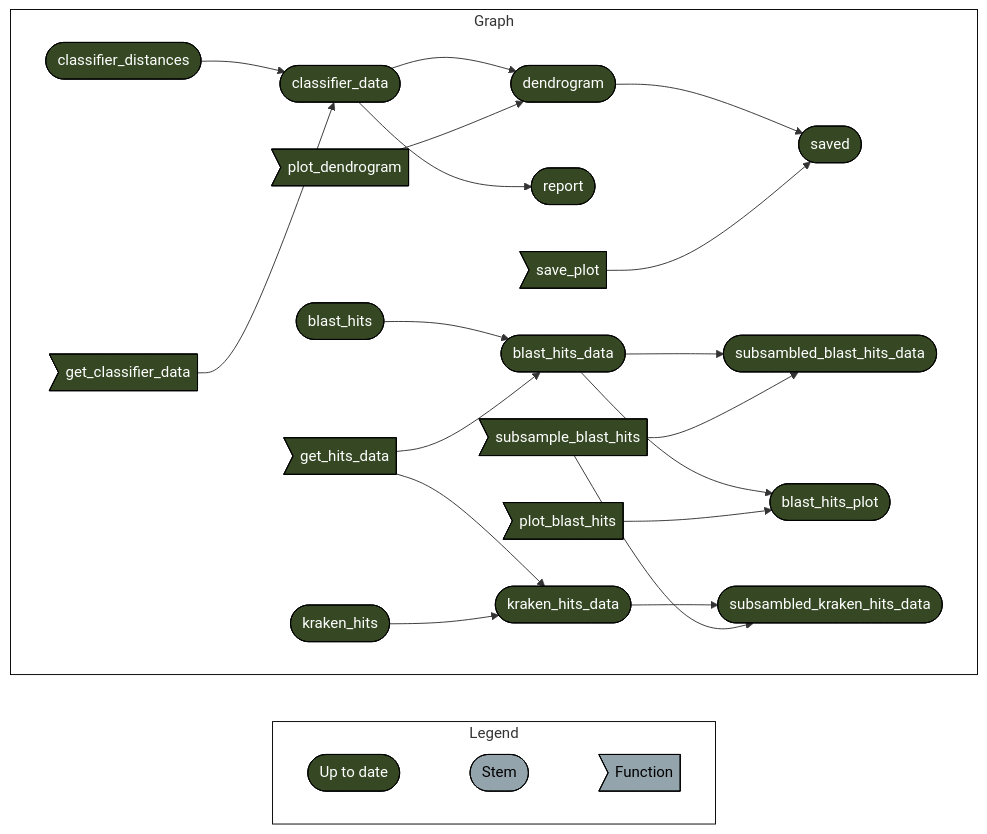
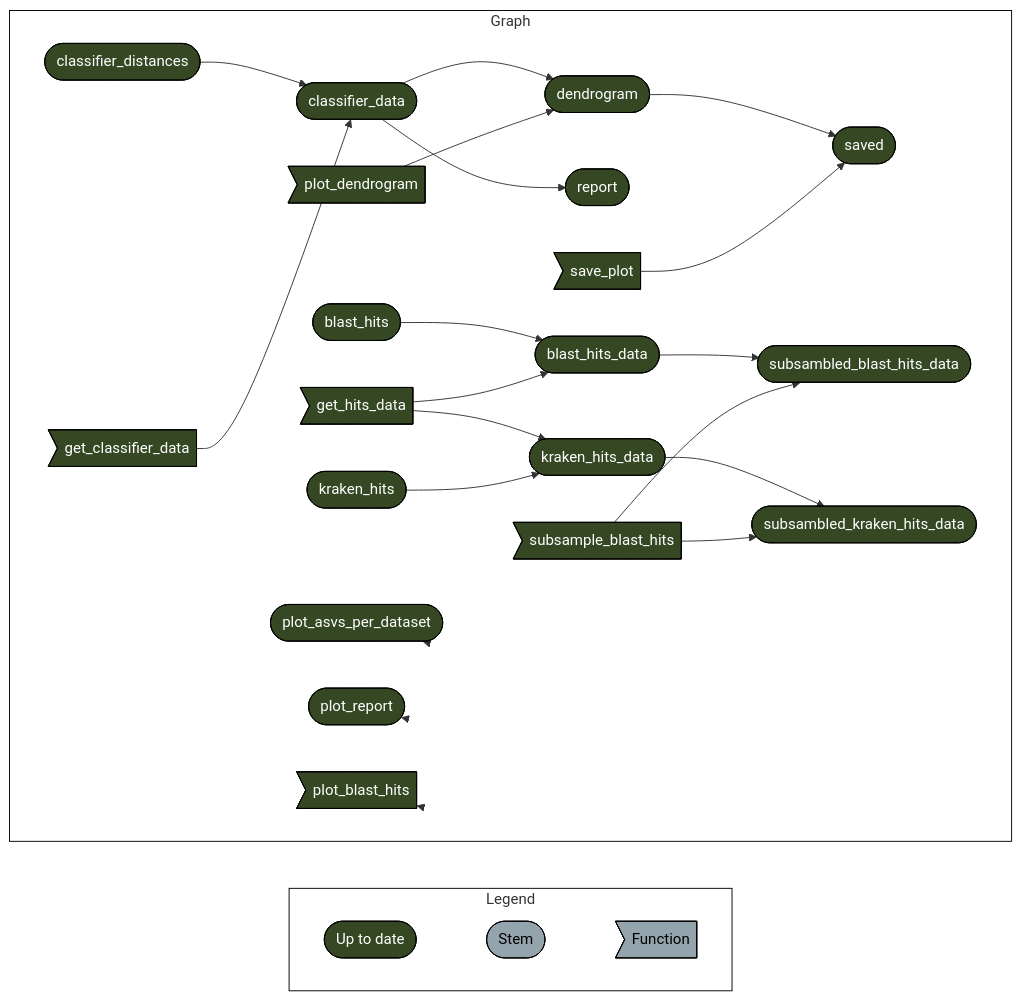
Before and after one commit to Computational-Biology-OceanOmics/OceanOmics-classifier-comparison: the diagram in README.md, drawn with Mermaid.

````diff
--- a/README.md
+++ b/README.md
@@ -29,34 +29,38 @@
 ```mermaid
 graph LR
   style Legend fill:#FFFFFF00,stroke:#000000;
   style Graph fill:#FFFFFF00,stroke:#000000;
   subgraph Legend
     direction LR
     x7420bd9270f8d27d([""Up to date""]):::uptodate --- xbf4603d6c2c2ad6b([""Stem""]):::none
     xbf4603d6c2c2ad6b([""Stem""]):::none --- xf0bce276fe2b9d3e>""Function""]:::none
   end
   subgraph Graph
     direction LR
     xc65a25d9d96e8f7c(["blast_hits"]):::uptodate --> xe9d8f2de59f79fa1(["blast_hits_data"]):::uptodate
     x837f996ab35491da>"get_hits_data"]:::uptodate --> xe9d8f2de59f79fa1(["blast_hits_data"]):::uptodate
     x4cbe0500373226c1(["classifier_data"]):::uptodate --> xe0fba61fbc506510(["report"]):::uptodate
     x264c7e682ec442b2(["dendrogram"]):::uptodate --> xaf4a1b2829040c15(["saved"]):::uptodate
     x64d5b6c864f8ce9c>"save_plot"]:::uptodate --> xaf4a1b2829040c15(["saved"]):::uptodate
     xf2c68c9c4c5bbbc3(["classifier_distances"]):::uptodate --> x4cbe0500373226c1(["classifier_data"]):::uptodate
     x8279777903f3f13d>"get_classifier_data"]:::uptodate --> x4cbe0500373226c1(["classifier_data"]):::uptodate
     x837f996ab35491da>"get_hits_data"]:::uptodate --> x9024d58abea360f6(["kraken_hits_data"]):::uptodate
     xc4cff7b61e825181(["kraken_hits"]):::uptodate --> x9024d58abea360f6(["kraken_hits_data"]):::uptodate
     xe9d8f2de59f79fa1(["blast_hits_data"]):::uptodate --> x7477a20106b865a4(["subsambled_blast_hits_data"]):::uptodate
     xa731a5475c946be2>"subsample_blast_hits"]:::uptodate --> x7477a20106b865a4(["subsambled_blast_hits_data"]):::uptodate
-    xe9d8f2de59f79fa1(["blast_hits_data"]):::uptodate --> x831ebf31ae44d273(["blast_hits_plot"]):::uptodate
-    x1c9b1c342345ccd1>"plot_blast_hits"]:::uptodate --> x831ebf31ae44d273(["blast_hits_plot"]):::uptodate
     x4cbe0500373226c1(["classifier_data"]):::uptodate --> x264c7e682ec442b2(["dendrogram"]):::uptodate
     x994946b41121bfa6>"plot_dendrogram"]:::uptodate --> x264c7e682ec442b2(["dendrogram"]):::uptodate
     x9024d58abea360f6(["kraken_hits_data"]):::uptodate --> xc4269aa5995e6a3f(["subsambled_kraken_hits_data"]):::uptodate
     xa731a5475c946be2>"subsample_blast_hits"]:::uptodate --> xc4269aa5995e6a3f(["subsambled_kraken_hits_data"]):::uptodate
+    xe40955de534d0cf1(["plot_asvs_per_dataset"]):::uptodate --> xe40955de534d0cf1(["plot_asvs_per_dataset"]):::uptodate
+    xbf5ac67708da2696(["plot_report"]):::uptodate --> xbf5ac67708da2696(["plot_report"]):::uptodate
+    x1c9b1c342345ccd1>"plot_blast_hits"]:::uptodate --> x1c9b1c342345ccd1>"plot_blast_hits"]:::uptodate
   end
   classDef uptodate stroke:#000000,color:#ffffff,fill:#354823;
   classDef none stroke:#000000,color:#000000,fill:#94a4ac;
   linkStyle 0 stroke-width:0px;
   linkStyle 1 stroke-width:0px;
+  linkStyle 17 stroke-width:0px;
+  linkStyle 18 stroke-width:0px;
+  linkStyle 19 stroke-width:0px;
 ```
````
